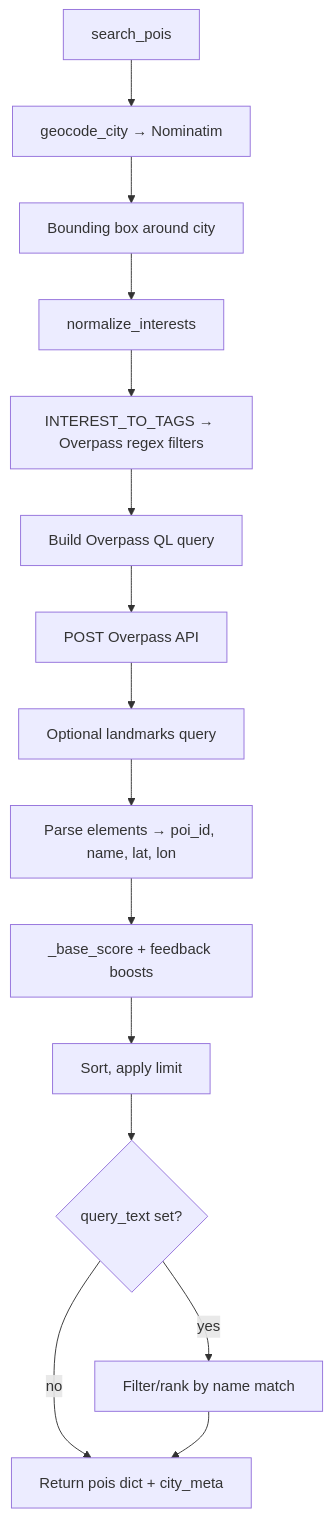
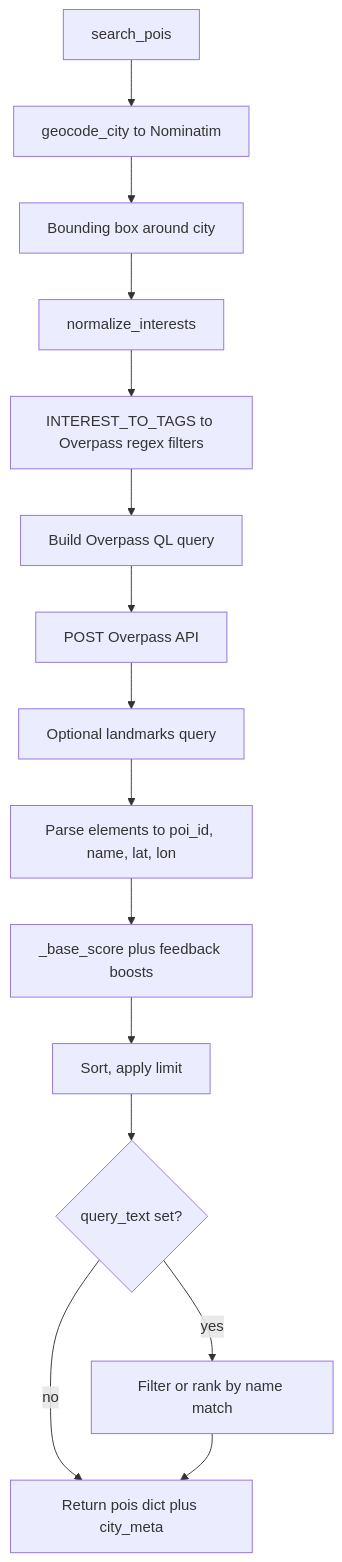
One commit to guptaastha1427/Trip-Planner changed the tenth of 19 diagrams in info.md. Above: the diagram before and after it, drawn with Mermaid. The commit also changed other lines of this file and 4 other files, not shown here.

````diff
--- a/info.md
+++ b/info.md
@@ -379,17 +380,17 @@
 ```mermaid
 flowchart TD
-  Start[search_pois] --> Geo[geocode_city → Nominatim]
+  Start[search_pois] --> Geo[geocode_city to Nominatim]
   Geo --> BB[Bounding box around city]
   BB --> Int[normalize_interests]
-  Int --> Tags[INTEREST_TO_TAGS → Overpass regex filters]
+  Int --> Tags[INTEREST_TO_TAGS to Overpass regex filters]
   Tags --> Q1[Build Overpass QL query]
   Q1 --> OV[POST Overpass API]
   OV --> LM[Optional landmarks query]
-  LM --> Parse[Parse elements → poi_id, name, lat, lon]
-  Parse --> Score[_base_score + feedback boosts]
+  LM --> Parse[Parse elements to poi_id, name, lat, lon]
+  Parse --> Score[_base_score plus feedback boosts]
   Score --> Rank[Sort, apply limit]
   Rank --> Filter{query_text set?}
-  Filter -->|yes| NameMatch[Filter/rank by name match]
-  Filter -->|no| Ret[Return pois dict + city_meta]
+  Filter -->|yes| NameMatch[Filter or rank by name match]
+  Filter -->|no| Ret[Return pois dict plus city_meta]
   NameMatch --> Ret
 ```
````
